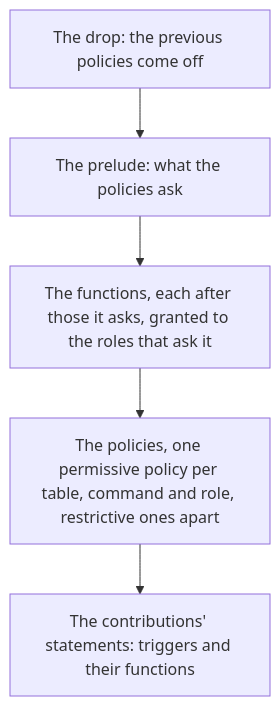
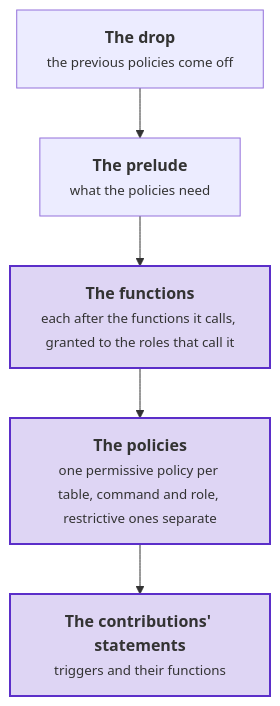
Before and after one commit to DylanSnel/DDDToolkit: diagram 12 of 14 in docs/row-level-security.md, drawn with Mermaid. The commit also changed other lines of this file and 41 other files, not shown here.

First line of the commit message:
Docs: plain prose, one word per concept, and readable diagrams on every page

````diff
--- a/docs/row-level-security.md
+++ b/docs/row-level-security.md
@@ -1952,7 +2215,14 @@
 ```mermaid
 flowchart TD
-    Drop["The drop: the previous policies come off"] --> Prelude["The prelude: what the policies ask"]
-    Prelude --> Functions["The functions, each after those it asks, granted to the roles that ask it"]
-    Functions --> Policies["The policies, one permissive policy per table, command and role, restrictive ones apart"]
-    Policies --> Statements["The contributions' statements: triggers and their functions"]
+    drop["<b>The drop</b><br/><small>the previous policies come off</small>"]
+    prelude["<b>The prelude</b><br/><small>what the policies need</small>"]
+    functions["<b>The functions</b><br/><small>each after the functions it calls, granted to the roles that call it</small>"]
+    policies["<b>The policies</b><br/><small>one permissive policy per table, command and role, restrictive ones separate</small>"]
+    statements["<b>The contributions' statements</b><br/><small>triggers and their functions</small>"]
+    drop --> prelude
+    prelude --> functions
+    functions --> policies
+    policies --> statements
+    classDef strong fill:#5b2ec933,stroke:#5b2ec9,stroke-width:2px
+    class functions,policies,statements strong
 ```
````
